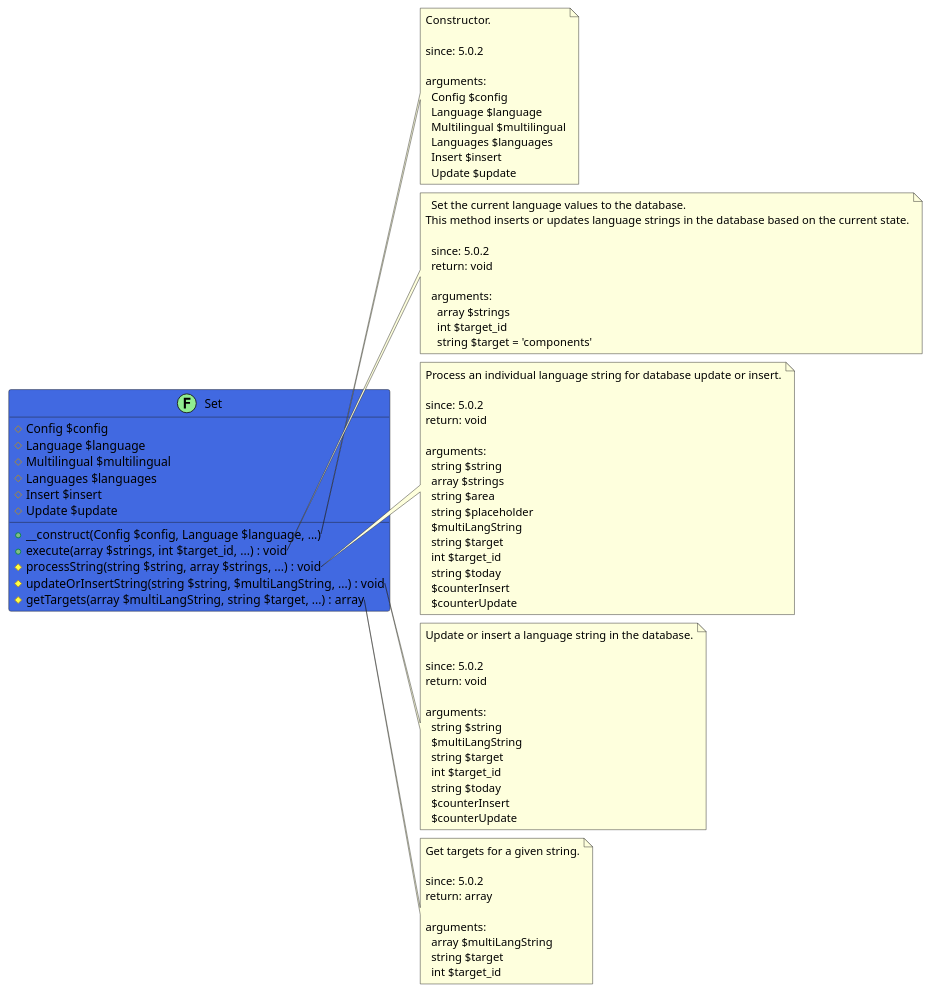
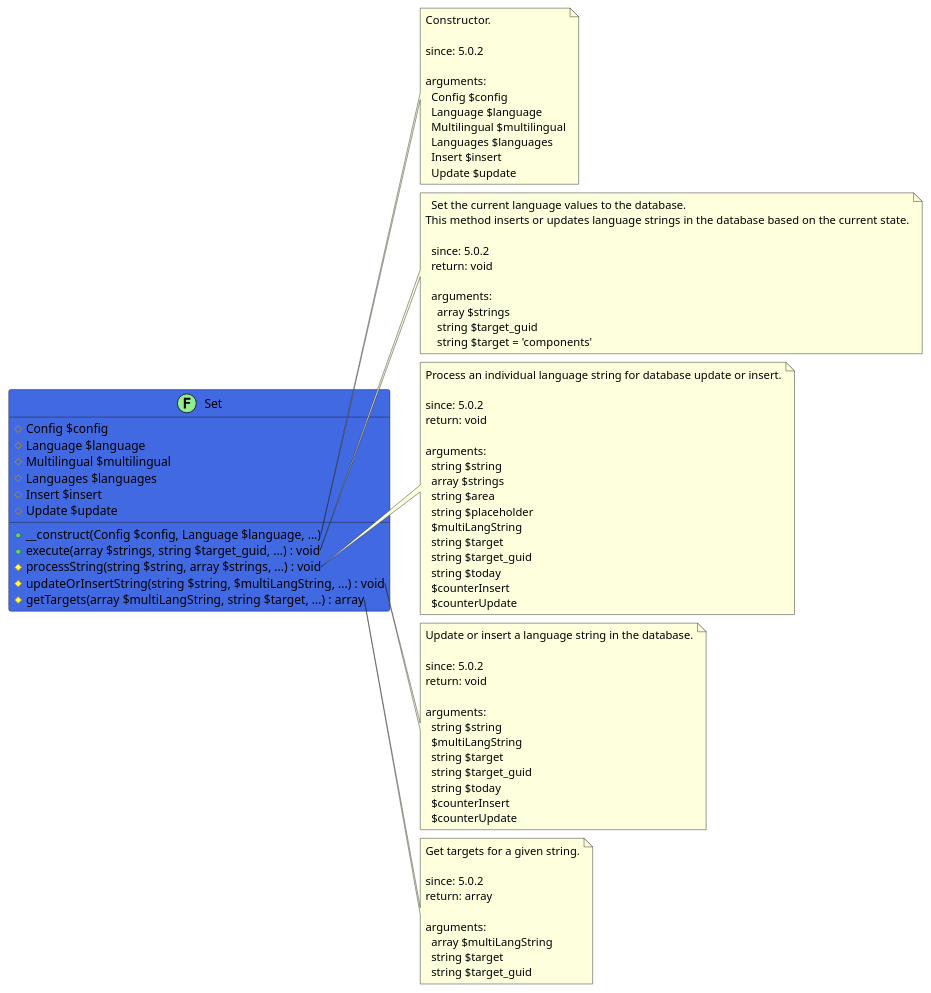
The diagram in src/058cfcd7-1f84-4cc6-8bcc-7672f316881d/README.md (joomengine/jcb-compiler), drawn with PlantUML before and after one commit. The commit also changed 558 other files, not shown here.

```diff
--- a/src/058cfcd7-1f84-4cc6-8bcc-7672f316881d/README.md
+++ b/src/058cfcd7-1f84-4cc6-8bcc-7672f316881d/README.md
@@ -19,7 +19,7 @@
   # Insert $insert
   # Update $update
   + __construct(Config $config, Language $language, ...)
-  + execute(array $strings, int $target_id, ...) : void
+  + execute(array $strings, string $target_guid, ...) : void
   # processString(string $string, array $strings, ...) : void
   # updateOrInsertString(string $string, $multiLangString, ...) : void
   # getTargets(array $multiLangString, string $target, ...) : array
@@ -48,7 +48,7 @@
   
   arguments:
     array $strings
-    int $target_id
+    string $target_guid
     string $target = 'components'
 end note
 
@@ -65,7 +65,7 @@
     string $placeholder
     $multiLangString
     string $target
-    int $target_id
+    string $target_guid
     string $today
     $counterInsert
     $counterUpdate
@@ -81,7 +81,7 @@
     string $string
     $multiLangString
     string $target
-    int $target_id
+    string $target_guid
     string $today
     $counterInsert
     $counterUpdate
@@ -96,7 +96,7 @@
   arguments:
     array $multiLangString
     string $target
-    int $target_id
+    string $target_guid
 end note
  
 @enduml
```
